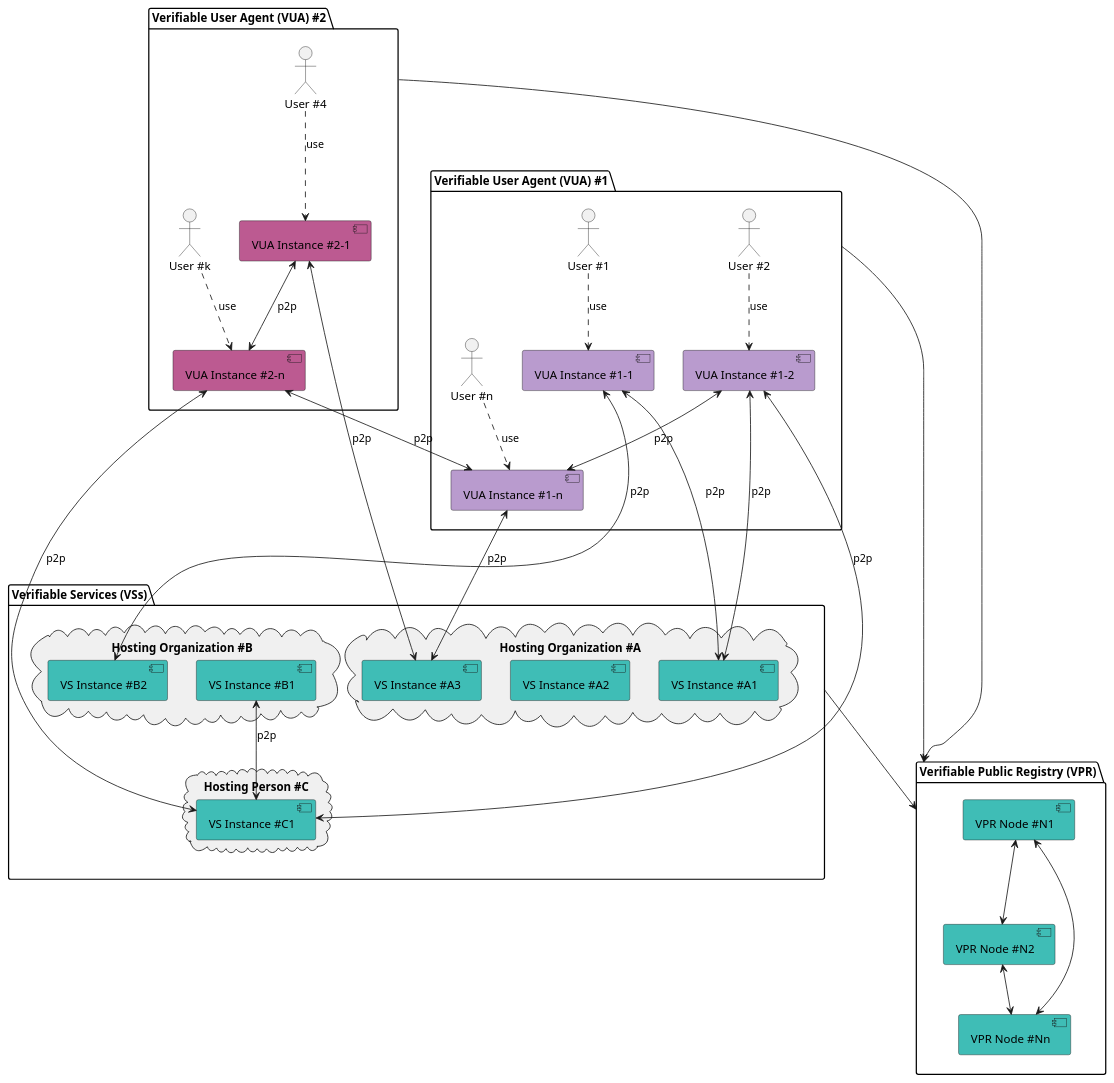
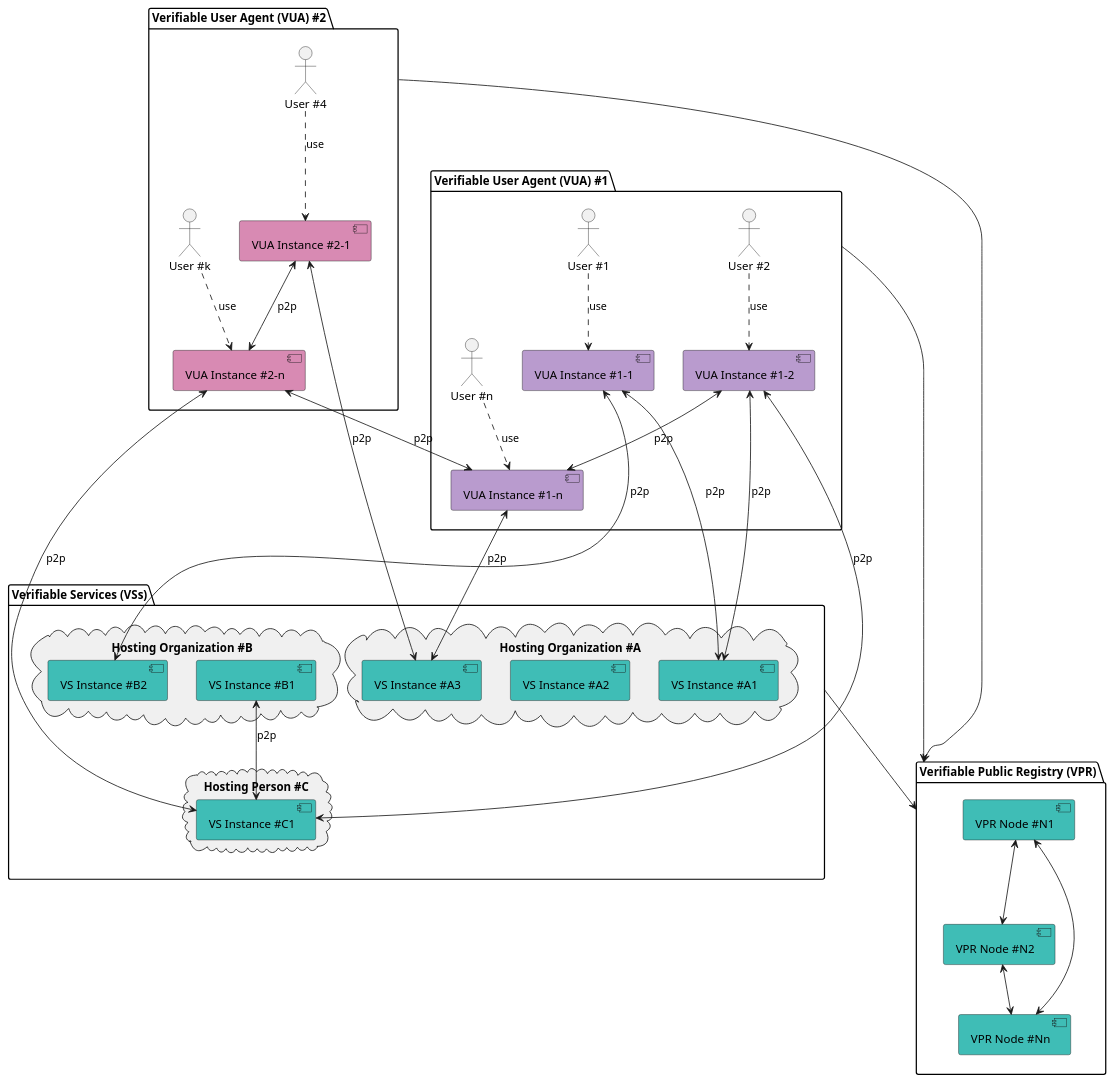
The fifth of 5 diagrams in docs/learn/verifiable-trust/10-components.md (verana-labs/verana-docs), drawn with PlantUML before and after one commit. The commit also changed other lines of this file and 5 other files, not shown here.

```diff
--- a/docs/learn/verifiable-trust/10-components.md
+++ b/docs/learn/verifiable-trust/10-components.md
@@ -224,8 +224,8 @@
 package "Verifiable User Agent (VUA) #2" as VUA2 {
     actor "User #4" as user4
 actor "User #k" as userk
-  [VUA Instance #2-1] as VUA21 #BC5A91
-  [VUA Instance #2-n] as VUA2n #BC5A91
+  [VUA Instance #2-1] as VUA21 #D88AB3
+  [VUA Instance #2-n] as VUA2n #D88AB3
 }
 
 
```
